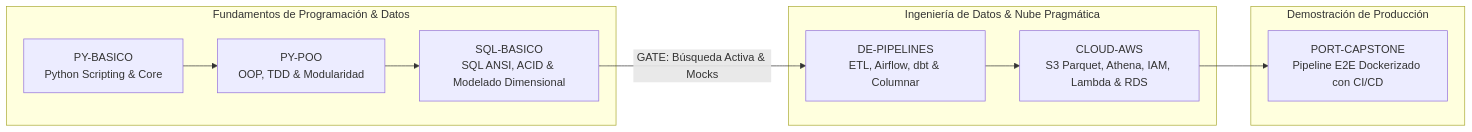
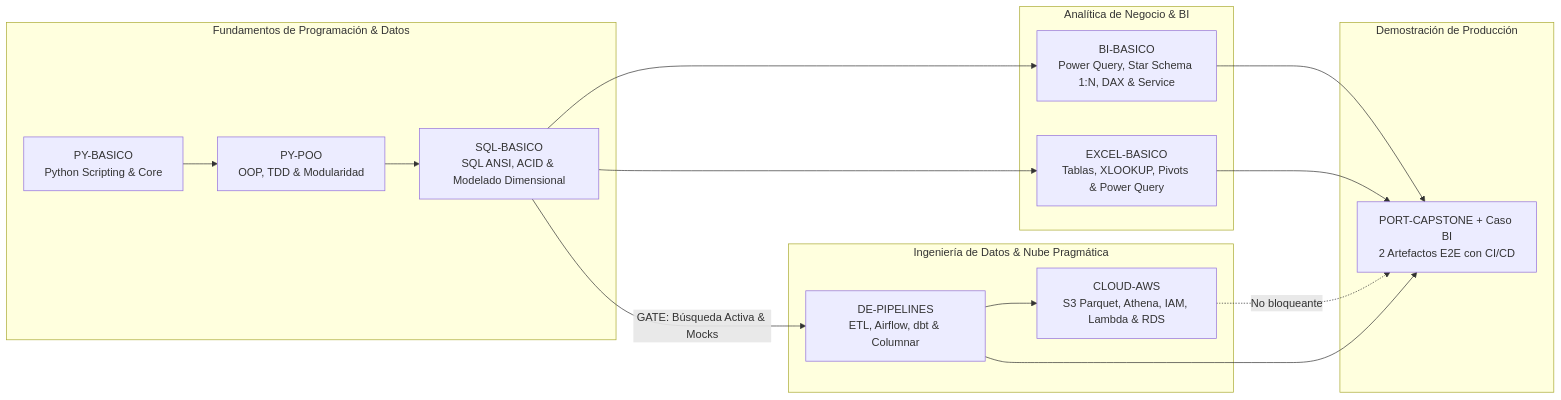
The diagram in system/docs/05-syllabus-maestro.md (01Ander/DoJo_Study), drawn with Mermaid before and after one commit. The commit also changed other lines of this file and 12 other files, not shown here.

First line of the commit message:
feat(ola-3): reestructurar ola 3 v2 con corte 0b (bi/excel), ci y gitignore

````diff
--- a/system/docs/05-syllabus-maestro.md
+++ b/system/docs/05-syllabus-maestro.md
@@ -22,16 +22,24 @@
 ```mermaid
 graph LR
     subgraph Core [Fundamentos de Programación & Datos]
         P1[PY-BASICO<br/>Python Scripting & Core] --> P2[PY-POO<br/>OOP, TDD & Modularidad]
         P2 --> S1[SQL-BASICO<br/>SQL ANSI, ACID & Modelado Dimensional]
+    end
+
+    subgraph Analitica [Analítica de Negocio & BI]
+        S1 --> XL[EXCEL-BASICO<br/>Tablas, XLOOKUP, Pivots & Power Query]
+        S1 --> BI[BI-BASICO<br/>Power Query, Star Schema 1:N, DAX & Service]
     end
 
     subgraph Datos & Cloud [Ingeniería de Datos & Nube Pragmática]
         S1 -->|GATE: Búsqueda Activa & Mocks| DE[DE-PIPELINES<br/>ETL, Airflow, dbt & Columnar]
         DE --> CLOUD[CLOUD-AWS<br/>S3 Parquet, Athena, IAM, Lambda & RDS]
     end
 
     subgraph Portafolio [Demostración de Producción]
-        CLOUD --> PORT[PORT-CAPSTONE<br/>Pipeline E2E Dockerizado con CI/CD]
+        BI --> PORT[PORT-CAPSTONE + Caso BI<br/>2 Artefactos E2E con CI/CD]
+        XL --> PORT
+        CLOUD -.->|No bloqueante| PORT
+        DE --> PORT
     end
 ```
````
